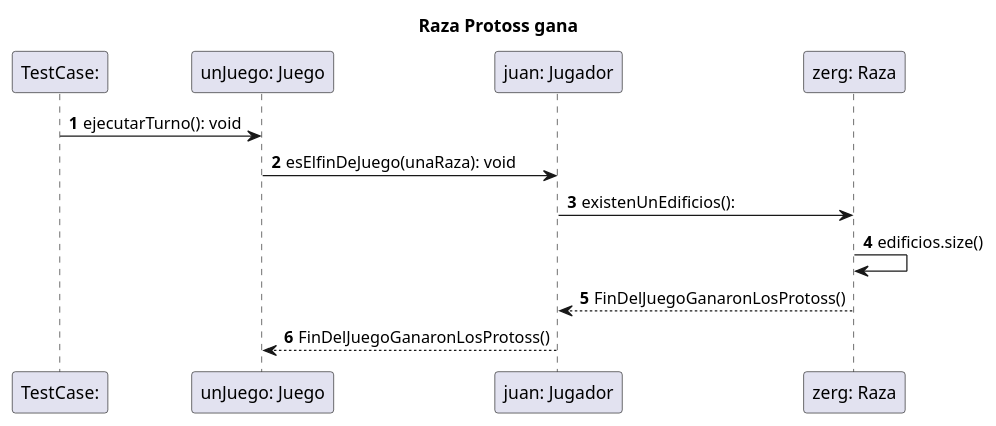
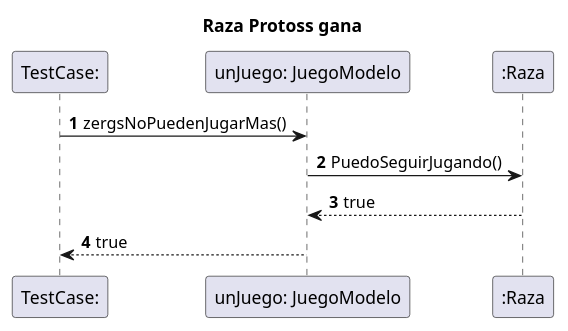
One commit to nicolasgirardi/algo3_TP2_AlgoStar changed the diagram in diagrams/sequences/FinDelJuego.puml. Above: the diagram before and after it, drawn with PlantUML. The commit also changed 2 other files, not shown here.

```diff
--- a/diagrams/sequences/FinDelJuego.puml
+++ b/diagrams/sequences/FinDelJuego.puml
@@ -1,14 +1,12 @@
 @startuml
 'https://plantuml.com/sequence-diagram
 
 autonumber
 title Raza Protoss gana
-"TestCase:" -> "unJuego: Juego": ejecutarTurno(): void
-"unJuego: Juego" -> "juan: Jugador": esElfinDeJuego(unaRaza): void
-"juan: Jugador" -> "zerg: Raza": existenUnEdificios():
-"zerg: Raza" -> "zerg: Raza": edificios.size()
+"TestCase:" -> "unJuego: JuegoModelo": zergsNoPuedenJugarMas()
+"unJuego: JuegoModelo" -> ":Raza": PuedoSeguirJugando()
+":Raza" --> "unJuego: JuegoModelo": true
+"unJuego: JuegoModelo" --> "TestCase:": true
 
-"zerg: Raza" --> "juan: Jugador": FinDelJuegoGanaronLosProtoss()
-"juan: Jugador" --> "unJuego: Juego": FinDelJuegoGanaronLosProtoss()
 
 @enduml
```
